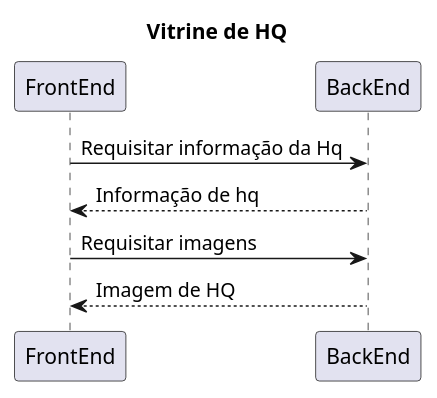
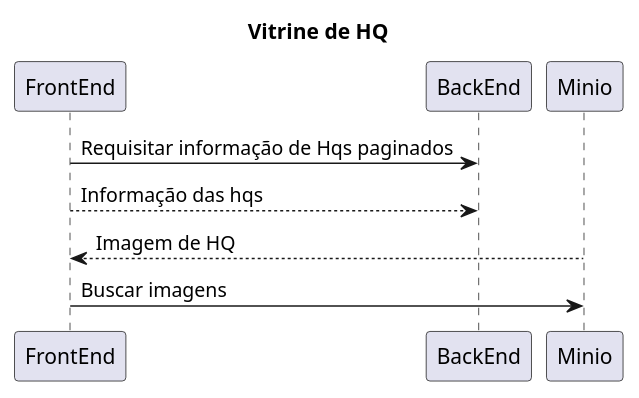
The diagram in diagrams/SequenciaMensagem/Hqs/Busca/VitrineMessageSequence.puml (ProxDouglas/Projeto-Integrador-hq-store-back-end), drawn with PlantUML before and after one commit. The commit also changed 3 other files, not shown here.

```diff
--- a/diagrams/SequenciaMensagem/Hqs/Busca/VitrineMessageSequence.puml
+++ b/diagrams/SequenciaMensagem/Hqs/Busca/VitrineMessageSequence.puml
@@ -1,7 +1,7 @@
 @startuml Busca HQs
 title Vitrine de HQ
-FrontEnd -> BackEnd : Requisitar informação da Hq
-BackEnd --> FrontEnd : Informação de hq
-FrontEnd -> BackEnd : Requisitar imagens
-BackEnd --> FrontEnd : Imagem de HQ
+FrontEnd -> BackEnd : Requisitar informação de Hqs paginados
+FrontEnd --> BackEnd : Informação das hqs
+Minio --> FrontEnd : Imagem de HQ
+FrontEnd -> Minio : Buscar imagens
 @enduml
```
